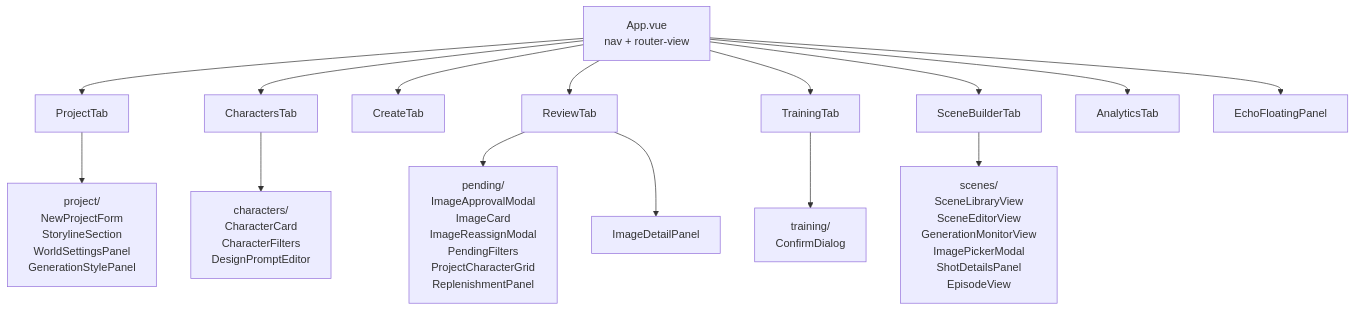
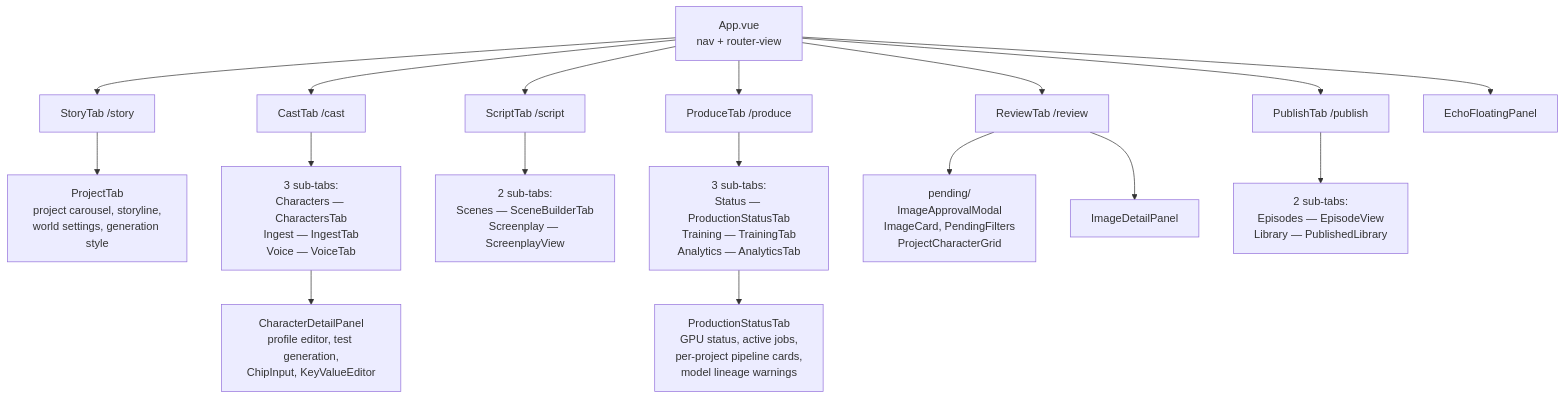
One commit to pvestal/tower-anime-production changed the sixth of 11 diagrams in ARCHITECTURE.md. Above: the diagram before and after it, drawn with Mermaid. The commit also changed other lines of this file and 1 other file, not shown here.

Commit message:
docs: update ARCHITECTURE.md for v0.3.6
- 6-tab creative-first layout (Story/Cast/Script/Produce/Review/Publish)
- ProductionStatusTab with model lineage tracking
- Character archive system (archived column)
- Updated component tree, design decisions, route counts

````diff
--- a/ARCHITECTURE.md
+++ b/ARCHITECTURE.md
@@ -422,19 +424,21 @@
 ```mermaid
 graph TD
-    APP[App.vue<br/>nav + router-view] --> PROJ[ProjectTab]
-    APP --> CHAR[CharactersTab]
-    APP --> CREATE[CreateTab]
-    APP --> REVIEW[ReviewTab]
-    APP --> TRAIN_TAB[TrainingTab]
-    APP --> SCENE[SceneBuilderTab]
-    APP --> ANALYTICS[AnalyticsTab]
+    APP[App.vue<br/>nav + router-view] --> STORY[StoryTab /story]
+    APP --> CAST[CastTab /cast]
+    APP --> SCRIPT[ScriptTab /script]
+    APP --> PRODUCE[ProduceTab /produce]
+    APP --> REVIEW[ReviewTab /review]
+    APP --> PUBLISH[PublishTab /publish]
     APP --> ECHO_PANEL[EchoFloatingPanel]
 
-    PROJ --> PROJ_SUB[project/<br/>NewProjectForm<br/>StorylineSection<br/>WorldSettingsPanel<br/>GenerationStylePanel]
-    CHAR --> CHAR_SUB[characters/<br/>CharacterCard<br/>CharacterFilters<br/>DesignPromptEditor]
-    REVIEW --> PEND_SUB[pending/<br/>ImageApprovalModal<br/>ImageCard<br/>ImageReassignModal<br/>PendingFilters<br/>ProjectCharacterGrid<br/>ReplenishmentPanel]
-    TRAIN_TAB --> TRAIN_SUB[training/<br/>ConfirmDialog]
-    SCENE --> SCENE_SUB[scenes/<br/>SceneLibraryView<br/>SceneEditorView<br/>GenerationMonitorView<br/>ImagePickerModal<br/>ShotDetailsPanel<br/>EpisodeView]
+    STORY --> PROJ_SUB[ProjectTab<br/>project carousel, storyline,<br/>world settings, generation style]
+    CAST --> CAST_SUB[3 sub-tabs:<br/>Characters — CharactersTab<br/>Ingest — IngestTab<br/>Voice — VoiceTab]
+    CAST_SUB --> CHAR_DETAIL[CharacterDetailPanel<br/>profile editor, test generation,<br/>ChipInput, KeyValueEditor]
+    SCRIPT --> SCRIPT_SUB[2 sub-tabs:<br/>Scenes — SceneBuilderTab<br/>Screenplay — ScreenplayView]
+    PRODUCE --> PRODUCE_SUB[3 sub-tabs:<br/>Status — ProductionStatusTab<br/>Training — TrainingTab<br/>Analytics — AnalyticsTab]
+    PRODUCE_SUB --> STATUS[ProductionStatusTab<br/>GPU status, active jobs,<br/>per-project pipeline cards,<br/>model lineage warnings]
+    REVIEW --> PEND_SUB[pending/<br/>ImageApprovalModal<br/>ImageCard, PendingFilters<br/>ProjectCharacterGrid]
+    PUBLISH --> PUB_SUB[2 sub-tabs:<br/>Episodes — EpisodeView<br/>Library — PublishedLibrary]
 
     REVIEW --> IDP[ImageDetailPanel]
 ```
````
